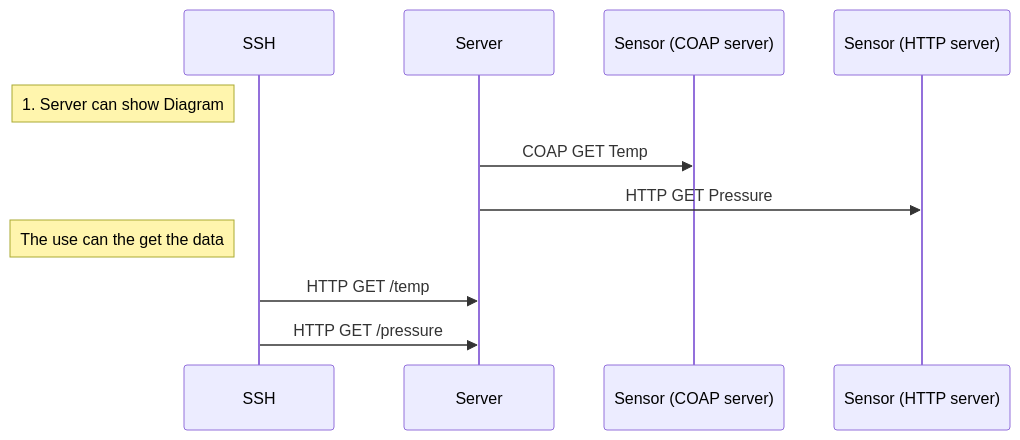
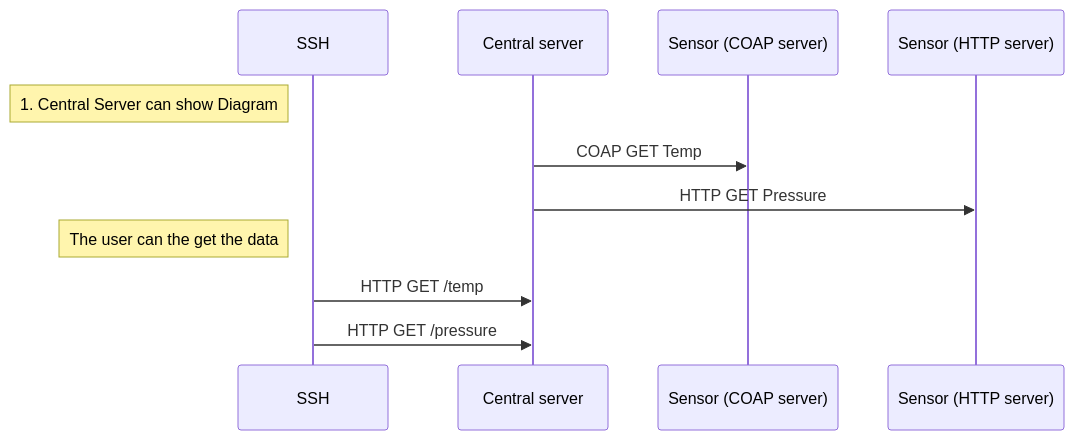
One commit to Its-Just-Nans/rio201 changed the diagram in report/img/data.mmd. Above: the diagram before and after it, drawn with Mermaid. The commit also changed 5 other files, not shown here.

```diff
--- a/report/img/data.mmd
+++ b/report/img/data.mmd
@@ -1,7 +1,7 @@
 sequenceDiagram
-    Note left of SSH: 1. Server can show Diagram
-    Server ->> Sensor (COAP server): COAP GET Temp
-    Server ->> Sensor (HTTP server): HTTP GET Pressure
-    Note left of SSH: The use can the get the data
-    SSH ->> Server: HTTP GET /temp
-    SSH ->> Server: HTTP GET /pressure
+    Note left of SSH: 1. Central Server can show Diagram
+    Central server ->> Sensor (COAP server): COAP GET Temp
+    Central server ->> Sensor (HTTP server): HTTP GET Pressure
+    Note left of SSH: The user can the get the data
+    SSH ->> Central server: HTTP GET /temp
+    SSH ->> Central server: HTTP GET /pressure
```
